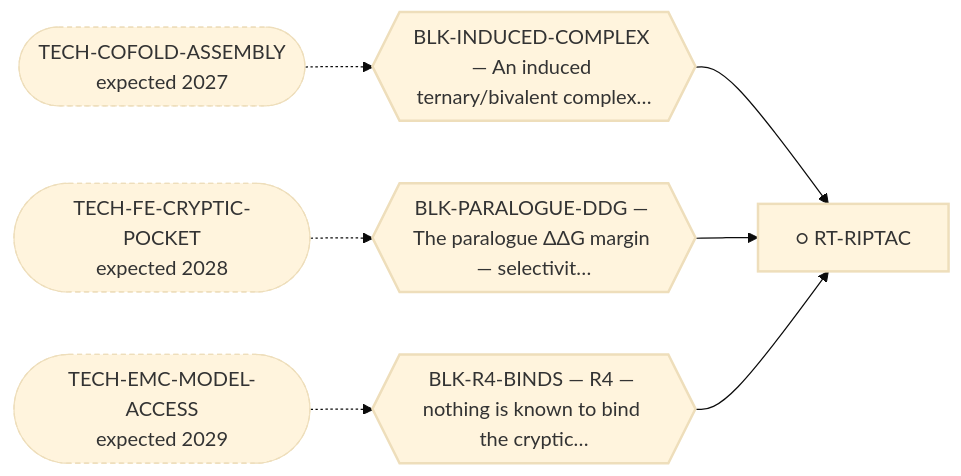
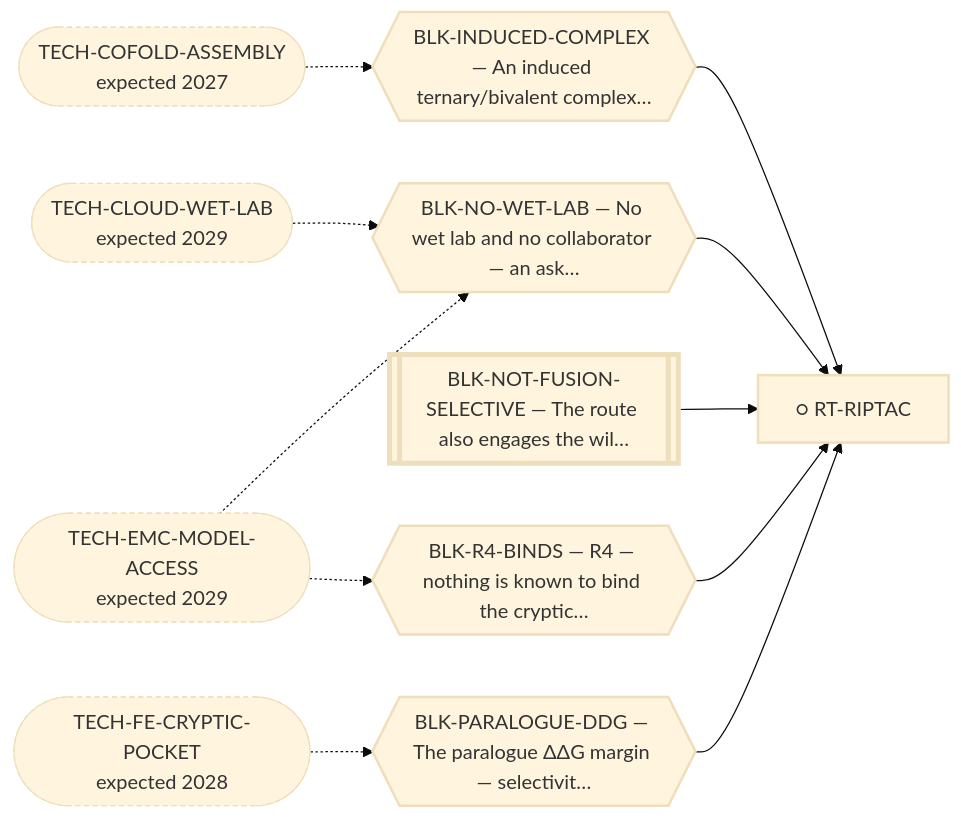
The diagram in systems/views/L2-rt-riptac.md (trimcrae/Rare-cancers), drawn with Mermaid (base theme) before and after one commit. The commit also changed other lines of this file and 16 other files, not shown here.

````diff
--- a/systems/views/L2-rt-riptac.md
+++ b/systems/views/L2-rt-riptac.md
@@ -27,20 +27,28 @@
 ```mermaid
 flowchart LR
   RT_RIPTAC["○ RT-RIPTAC"]:::fam
   BLK_INDUCED_COMPLEX{{"BLK-INDUCED-COMPLEX — An induced ternary/bivalent complex…"}}:::blk
   BLK_INDUCED_COMPLEX --> RT_RIPTAC
   TECH_COFOLD_ASSEMBLY(["TECH-COFOLD-ASSEMBLY<br/>expected 2027"]):::tech
   TECH_COFOLD_ASSEMBLY -.-> BLK_INDUCED_COMPLEX
+  BLK_NO_WET_LAB{{"BLK-NO-WET-LAB — No wet lab and no collaborator — an ask…"}}:::blk
+  BLK_NO_WET_LAB --> RT_RIPTAC
+  TECH_CLOUD_WET_LAB(["TECH-CLOUD-WET-LAB<br/>expected 2029"]):::tech
+  TECH_CLOUD_WET_LAB -.-> BLK_NO_WET_LAB
+  TECH_EMC_MODEL_ACCESS(["TECH-EMC-MODEL-ACCESS<br/>expected 2029"]):::tech
+  TECH_EMC_MODEL_ACCESS -.-> BLK_NO_WET_LAB
+  BLK_NOT_FUSION_SELECTIVE[["BLK-NOT-FUSION-SELECTIVE — The route also engages the wil…"]]:::perm
+  BLK_NOT_FUSION_SELECTIVE --> RT_RIPTAC
   BLK_PARALOGUE_DDG{{"BLK-PARALOGUE-DDG — The paralogue ΔΔG margin — selectivit…"}}:::blk
   BLK_PARALOGUE_DDG --> RT_RIPTAC
   TECH_FE_CRYPTIC_POCKET(["TECH-FE-CRYPTIC-POCKET<br/>expected 2028"]):::tech
   TECH_FE_CRYPTIC_POCKET -.-> BLK_PARALOGUE_DDG
   BLK_R4_BINDS{{"BLK-R4-BINDS — R4 — nothing is known to bind the cryptic…"}}:::blk
   BLK_R4_BINDS --> RT_RIPTAC
   TECH_EMC_MODEL_ACCESS(["TECH-EMC-MODEL-ACCESS<br/>expected 2029"]):::tech
   TECH_EMC_MODEL_ACCESS -.-> BLK_R4_BINDS
   classDef fam stroke-width:2px;
   classDef blk stroke-width:2px;
   classDef perm stroke-width:4px;
   classDef tech stroke-width:1px,stroke-dasharray:4 3;
 ```
````
